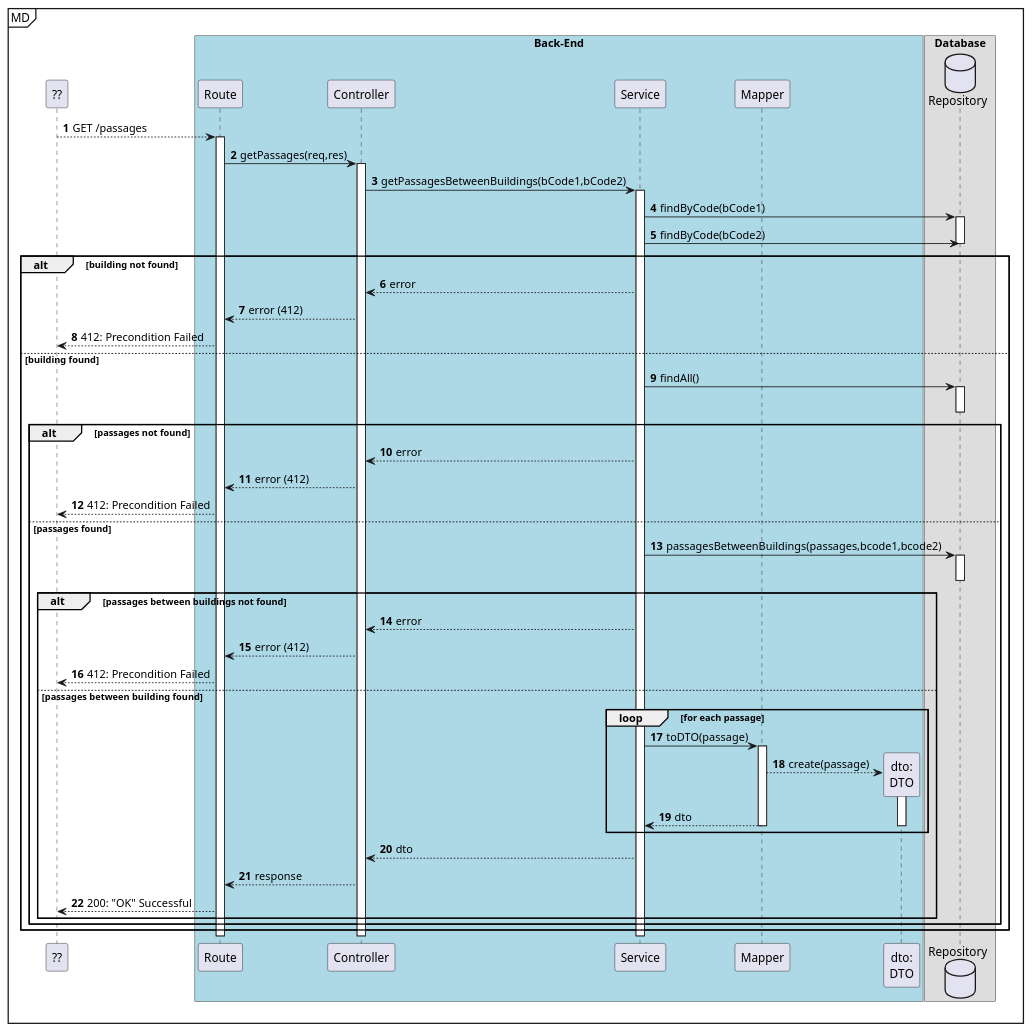
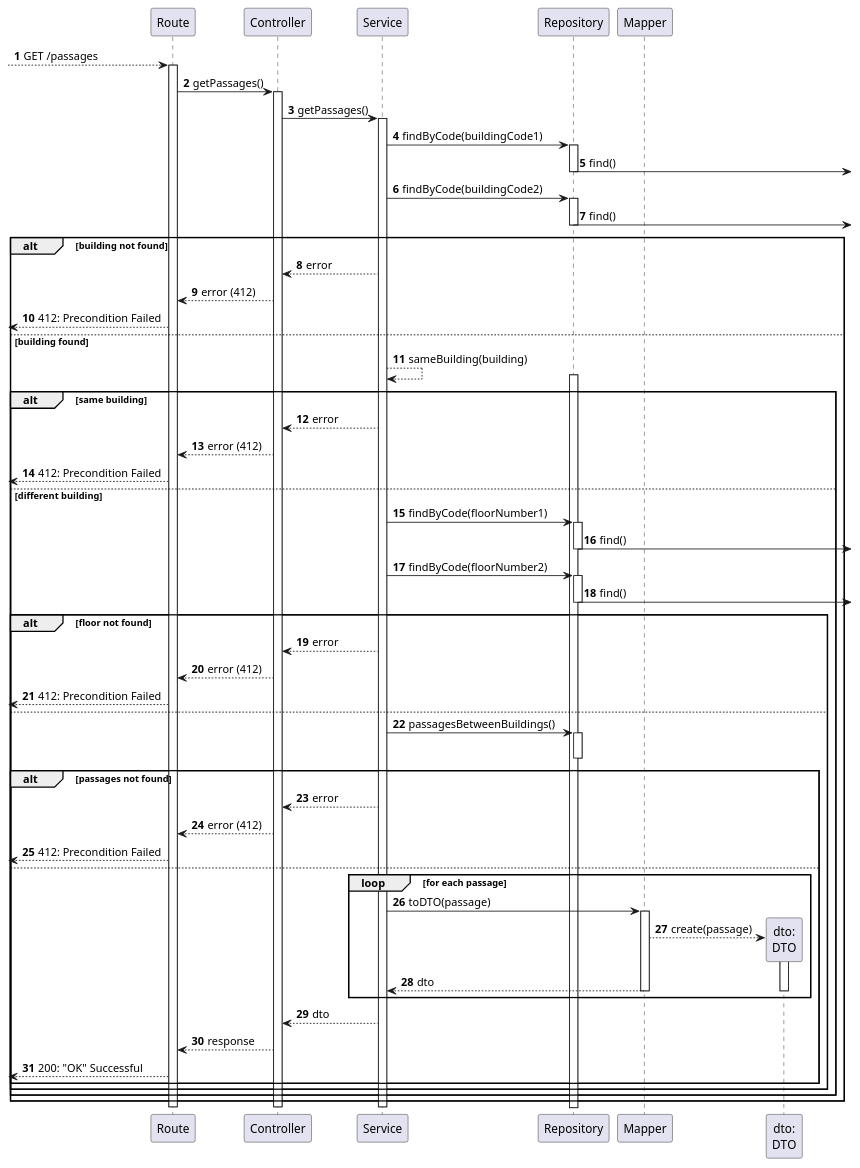
Before and after one commit to Departamento-de-Engenharia-Informatica/lapr5-23-24-g19: the diagram in docs/us260/level3/process-view-between2buildings.puml, drawn with PlantUML. The commit also changed 7 other files, not shown here.

```diff
--- a/docs/us260/level3/process-view-between2buildings.puml
+++ b/docs/us260/level3/process-view-between2buildings.puml
@@ -1,78 +1,91 @@
 @startuml
 autonumber
 
-participant "??" as ui
-
-mainframe MD
-box "Back-End" #LightBlue
 participant "Route" as r
 participant "Controller" as ctrl
 participant "Service" as svc
+participant "Repository" as repo
 
 participant "Mapper" as map
 participant "dto:\nDTO" as dto
-end box
 
-box "Database"
-database "Repository" as repo
-end box
 
-ui --> r: GET /passages
-    activate r
-        r -> ctrl : getPassages(req,res)
-        activate ctrl
-            ctrl -> svc : getPassagesBetweenBuildings(bCode1,bCode2)
-            activate svc
-                svc -> repo : findByCode(bCode1)
+[--> r : GET /passages
+activate r
+
+    r -> ctrl : getPassages()
+    activate ctrl
+
+        ctrl -> svc : getPassages()
+        activate svc
+
+            svc -> repo : findByCode(buildingCode1)
+            activate repo
+                repo ->] : find()
+            deactivate repo
+
+            svc -> repo : findByCode(buildingCode2)
+            activate repo
+                repo ->] : find()
+            deactivate repo
+
+            alt building not found
+                svc --> ctrl : error
+                ctrl --> r : error (412)
+                [<-- r : 412: Precondition Failed
+            else building found
+                svc --> svc : sameBuilding(building)
                 activate repo
-                    svc -> repo : findByCode(bCode2)
                 deactivate repo
 
-                alt building not found
+                alt same building
                     svc --> ctrl : error
                     ctrl --> r : error (412)
-                    ui<--r : 412: Precondition Failed
-                else building found
-
-                    svc -> repo: findAll()
+                    [<-- r : 412: Precondition Failed
+                else different building
+                    svc -> repo : findByCode(floorNumber1)
                     activate repo
+                        repo ->] : find()
                     deactivate repo
 
+                    svc -> repo : findByCode(floorNumber2)
+                    activate repo
+                        repo ->] : find()
+                    deactivate repo
 
-                    alt passages not found
+                    alt floor not found
                         svc --> ctrl : error
                         ctrl --> r : error (412)
-                        ui<--r : 412: Precondition Failed
-
-                    else passages found
-                        svc -> repo : passagesBetweenBuildings(passages,bcode1,bcode2)
+                        [<-- r : 412: Precondition Failed
+                    else
+                        svc -> repo : passagesBetweenBuildings()
                         activate repo
                         deactivate repo
 
-                        alt passages between buildings not found
+                        alt passages not found
                             svc --> ctrl : error
                             ctrl --> r : error (412)
-                            ui<--r : 412: Precondition Failed
-                        else passages between building found
-
+                            [<-- r : 412: Precondition Failed
+                        else
                             loop for each passage
                                  svc -> map : toDTO(passage)
                                 activate map
                                     map --> dto** : create(passage)
                                     activate dto
                                         map --> svc : dto
                                     deactivate dto
                                 deactivate map
                             end loop
-                                svc --> ctrl : dto
-                                ctrl --> r : response
-                                ui<-- r : 200: "OK" Successful
 
+                            svc --> ctrl : dto
+                            ctrl --> r : response
+                            [<-- r : 200: "OK" Successful
                         end
                     end
                 end
-            deactivate svc
-        deactivate ctrl
-    deactivate r
+            end
+        deactivate svc
+    deactivate ctrl
+deactivate r
 
 @enduml
```
